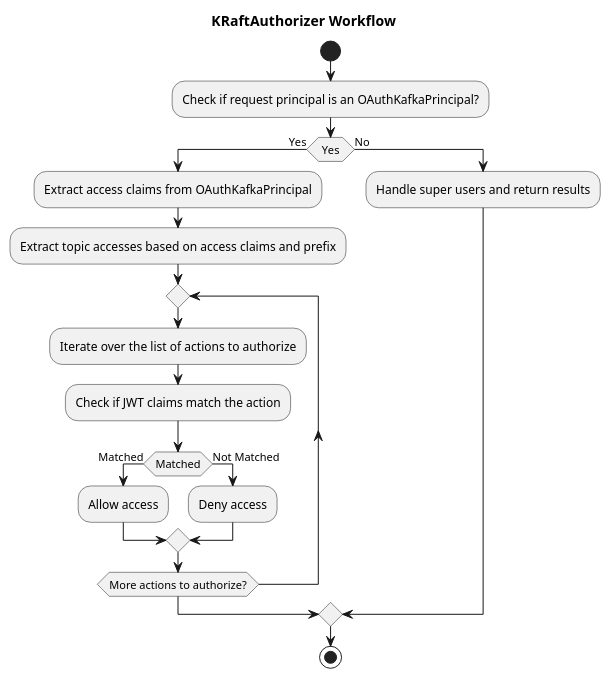
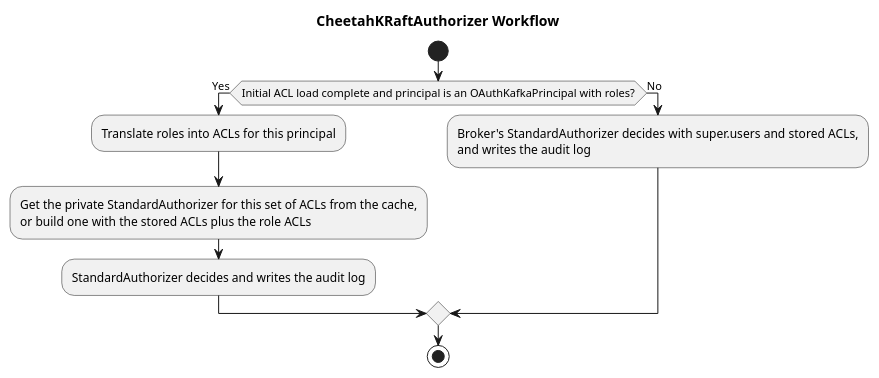
One commit to trifork/cheetah-infrastructure-utils-kafka changed the diagram in README.md. Above: the diagram before and after it, drawn with PlantUML. The commit also changed other lines of this file and 15 other files, not shown here.

````diff
--- a/README.md
+++ b/README.md
@@ -87,26 +94,19 @@
 ```plantuml:kraftauthorizer-workflow
 @startuml
-title KRaftAuthorizer Workflow
+title CheetahKRaftAuthorizer Workflow
 
 start
 
-:Check if request principal is an OAuthKafkaPrincipal?;
-if (Yes) then (Yes)
-  :Extract access claims from OAuthKafkaPrincipal;
-  :Extract topic accesses based on access claims and prefix;
-  repeat
-    :Iterate over the list of actions to authorize;
-    :Check if JWT claims match the action;
-    if (Matched) then (Matched)
-      :Allow access;
-    else (Not Matched)
-      :Deny access;
-    endif
-  repeat while (More actions to authorize?);
+if (Initial ACL load complete and principal is an OAuthKafkaPrincipal with roles?) then (Yes)
+  :Translate roles into ACLs for this principal;
+  :Get the private StandardAuthorizer for this set of ACLs from the cache,
+or build one with the stored ACLs plus the role ACLs;
+  :StandardAuthorizer decides and writes the audit log;
 else (No)
-  :Handle super users and return results;
+  :Broker's StandardAuthorizer decides with super.users and stored ACLs,
+and writes the audit log;
 endif
 
 stop
 @enduml
 ```
````
